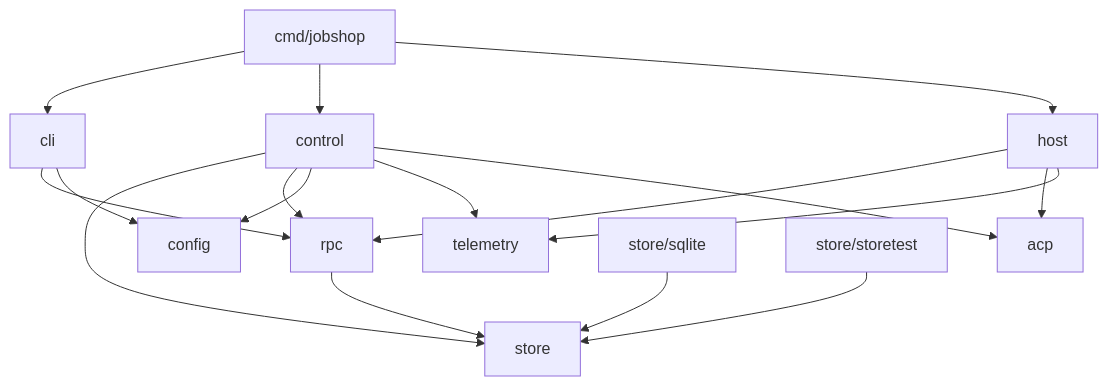
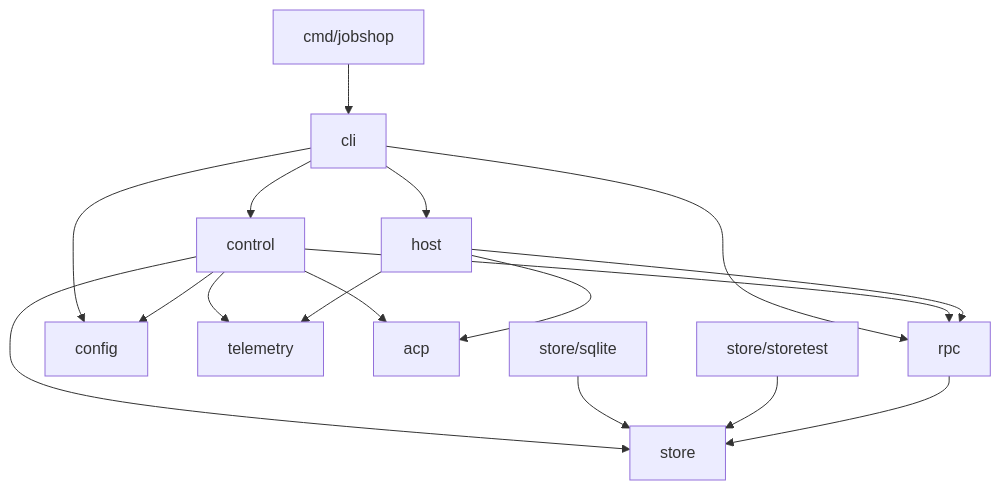
Before and after one commit to elee1766/jobshop: the diagram in docs/layout.md, drawn with Mermaid. The commit also changed other lines of this file and 24 other files, not shown here.

Commit message:
scaffold: cmd shim, pkg/cli (kong), ids, empty packages, nix flake/package/module, CI

````diff
--- a/docs/layout.md
+++ b/docs/layout.md
@@ -59,10 +59,11 @@
 ```mermaid
 flowchart TD
-  cmd[cmd/jobshop] --> cli & control & host
+  cmd[cmd/jobshop] --> cli
+  cli --> control & host
   cli --> rpc & config
   control --> store & rpc & config & telemetry & acp
   host --> rpc & acp & telemetry
   sqlite[store/sqlite] --> store
   storetest[store/storetest] --> store
   rpc --> store
 ```
````
